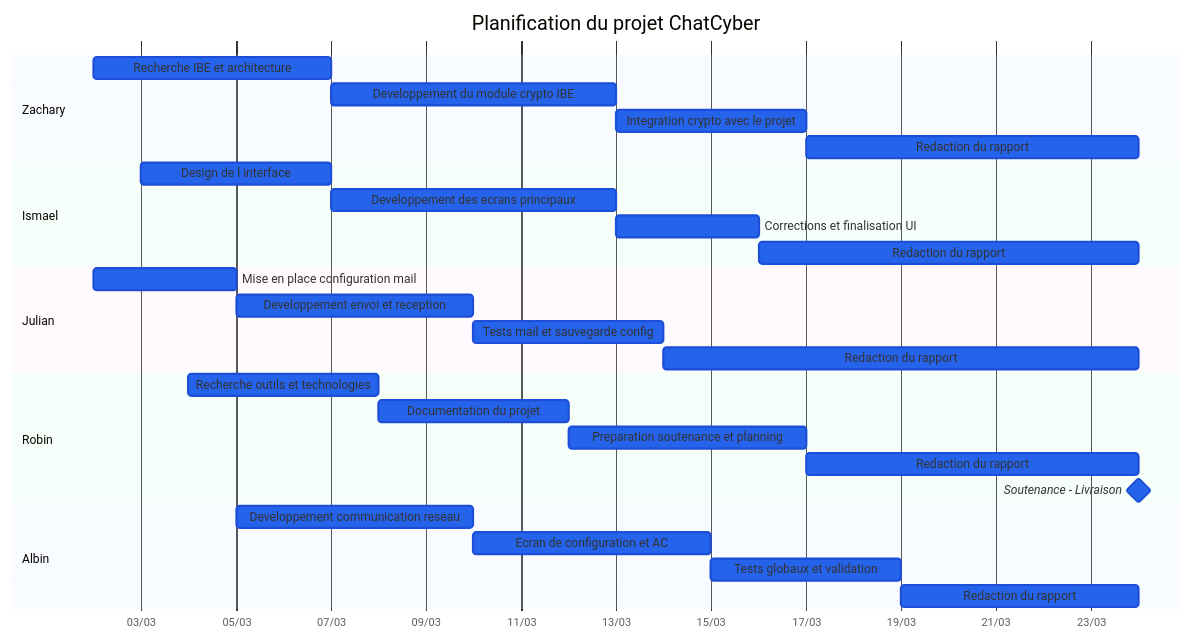
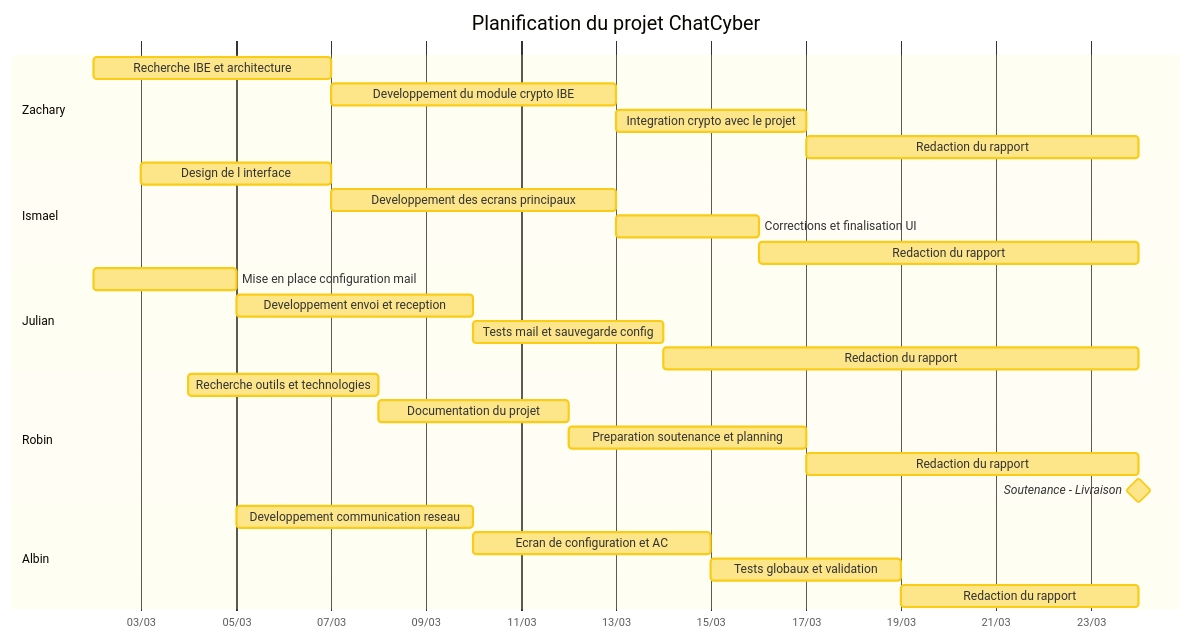
Before and after one commit to ismo009/chatcyber: the diagram in README_GANTT.md, drawn with Mermaid.

````diff
--- a/README_GANTT.md
+++ b/README_GANTT.md
@@ -5,64 +5,64 @@
 ```mermaid
 %%{init: {'theme': 'base', 'themeVariables': {
-    'sectionBkgColor': '#dbeafe',
-    'sectionBkgColor2': '#fce7f3',
-    'altSectionBkgColor': '#d1fae5',
-    'taskBkgColor': '#2563eb',
-    'taskTextColor': '#ffffff',
-    'taskBorderColor': '#1d4ed8',
-    'doneTaskBkgColor': '#2563eb',
-    'doneTaskBorderColor': '#1d4ed8',
-    'activeTaskBkgColor': '#2563eb',
-    'activeTaskBorderColor': '#1d4ed8',
-    'section0': '#3b82f6',
-    'section1': '#3b82f6',
-    'section2': '#3b82f6',
-    'section3': '#3b82f6',
-    'section4': '#3b82f6',
-    'taskText0': '#ffffff',
-    'taskText1': '#ffffff',
-    'taskText2': '#ffffff',
-    'taskText3': '#ffffff',
-    'taskText4': '#ffffff',
-    'cScale0': '#3b82f6',
-    'cScale1': '#3b82f6',
-    'cScale2': '#3b82f6',
-    'cScale3': '#3b82f6',
-    'cScale4': '#3b82f6'
+    'sectionBkgColor': '#fef9c3',
+    'sectionBkgColor2': '#fef9c3',
+    'altSectionBkgColor': '#fef3c7',
+    'taskBkgColor': '#fde68a',
+    'taskTextColor': '#3f3f46',
+    'taskBorderColor': '#facc15',
+    'doneTaskBkgColor': '#fde68a',
+    'doneTaskBorderColor': '#facc15',
+    'activeTaskBkgColor': '#fde68a',
+    'activeTaskBorderColor': '#facc15',
+    'section0': '#fde68a',
+    'section1': '#fde68a',
+    'section2': '#fde68a',
+    'section3': '#fde68a',
+    'section4': '#fde68a',
+    'taskText0': '#3f3f46',
+    'taskText1': '#3f3f46',
+    'taskText2': '#3f3f46',
+    'taskText3': '#3f3f46',
+    'taskText4': '#3f3f46',
+    'cScale0': '#fde68a',
+    'cScale1': '#fde68a',
+    'cScale2': '#fde68a',
+    'cScale3': '#fde68a',
+    'cScale4': '#fde68a'
 }}}%%
 gantt
     title Planification du projet ChatCyber
     dateFormat YYYY-MM-DD
     axisFormat %d/%m
 
     section Zachary
     Recherche IBE et architecture              :done, z1, 2026-03-02, 5d
     Developpement du module crypto IBE         :done, z2, after z1, 6d
     Integration crypto avec le projet          :done, z3, after z2, 4d
     Redaction du rapport                       :done, z4, after z3, 2026-03-24
 
     section Ismael
     Design de l interface                      :done, i1, 2026-03-03, 4d
     Developpement des ecrans principaux        :done, i2, after i1, 6d
     Corrections et finalisation UI             :done, i3, after i2, 3d
     Redaction du rapport                       :done, i4, after i3, 2026-03-24
 
     section Julian
     Mise en place configuration mail           :done, j1, 2026-03-02, 3d
     Developpement envoi et reception           :done, j2, after j1, 5d
     Tests mail et sauvegarde config            :done, j3, after j2, 4d
     Redaction du rapport                       :done, j4, after j3, 2026-03-24
 
     section Robin
     Recherche outils et technologies           :done, r1, 2026-03-04, 4d
     Documentation du projet                    :done, r2, after r1, 4d
     Preparation soutenance et planning         :active, r3, after r2, 5d
     Redaction du rapport                       :done, r4, after r3, 2026-03-24
     Soutenance - Livraison                     :milestone, r5, 2026-03-24, 0d
 
     section Albin
     Developpement communication reseau         :done, a1, 2026-03-05, 5d
     Ecran de configuration et AC               :done, a2, after a1, 5d
     Tests globaux et validation                :done, a3, after a2, 4d
     Redaction du rapport                       :done, a4, after a3, 2026-03-24
 ```
````
